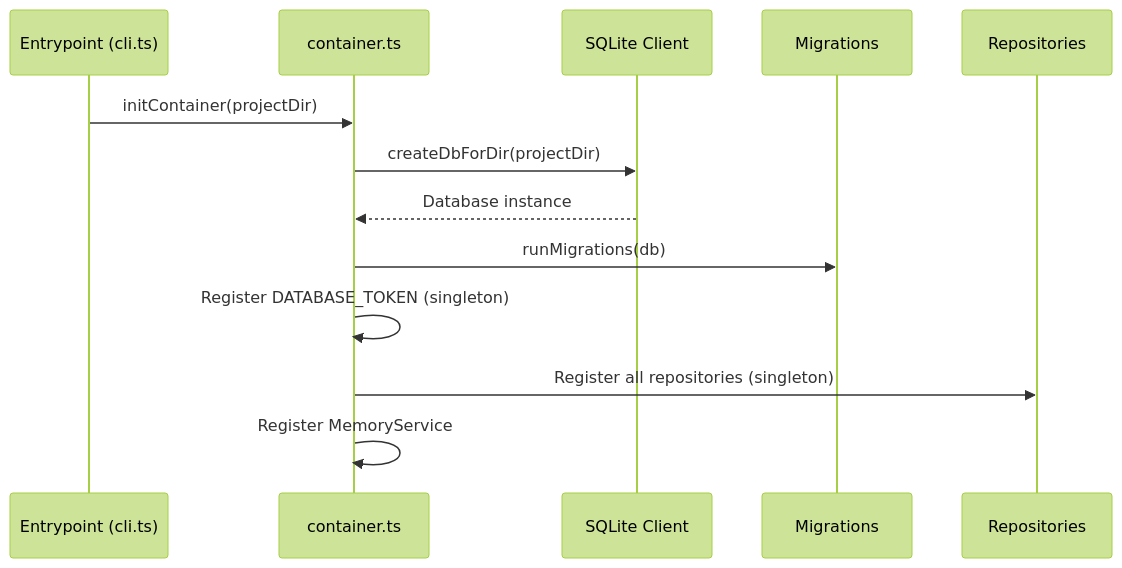
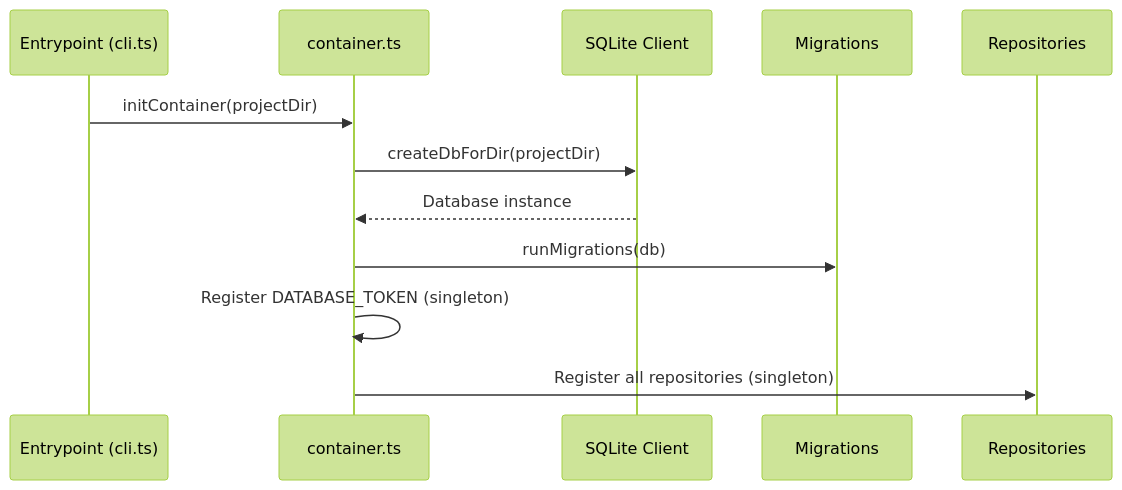
Before and after one commit to jonit-dev/night-watch-cli: the first of 3 diagrams in docs/core-package.md, drawn with Mermaid (forest theme). The commit also changed other lines of this file and 10 other files, not shown here.

````diff
--- a/docs/core-package.md
+++ b/docs/core-package.md
@@ -52,16 +50,15 @@
 ```mermaid
 sequenceDiagram
     participant CLI as Entrypoint (cli.ts)
     participant DI as container.ts
     participant DB as SQLite Client
     participant Mig as Migrations
     participant Repos as Repositories
 
     CLI->>DI: initContainer(projectDir)
     DI->>DB: createDbForDir(projectDir)
     DB-->>DI: Database instance
     DI->>Mig: runMigrations(db)
     DI->>DI: Register DATABASE_TOKEN (singleton)
     DI->>Repos: Register all repositories (singleton)
-    DI->>DI: Register MemoryService
 ```
````
